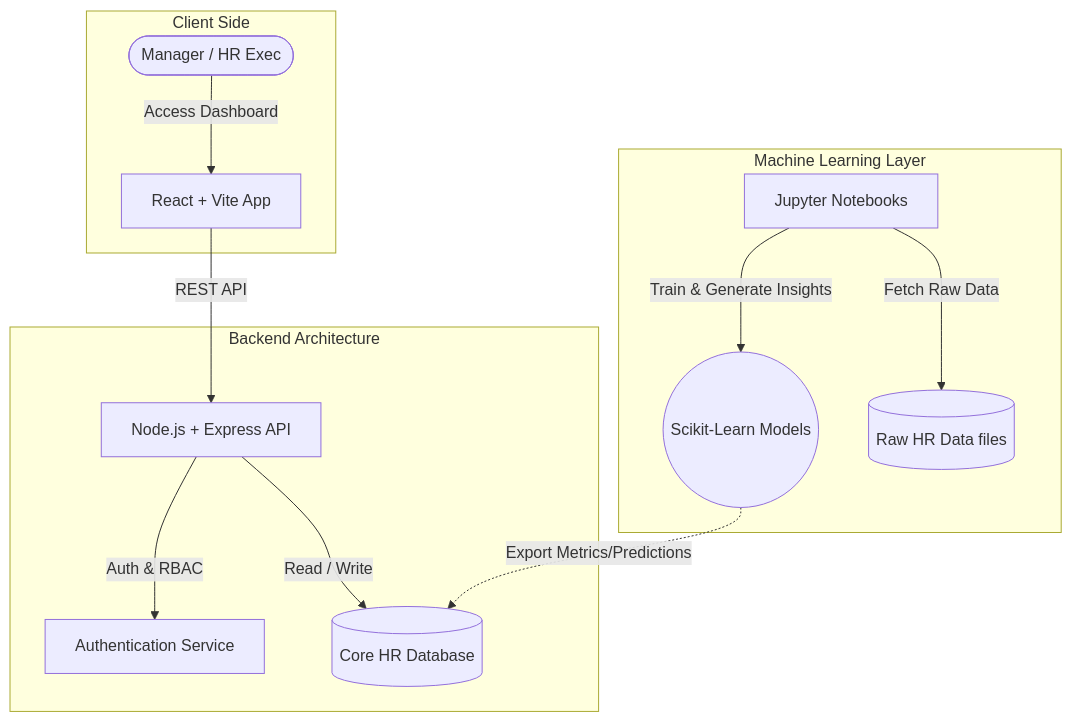
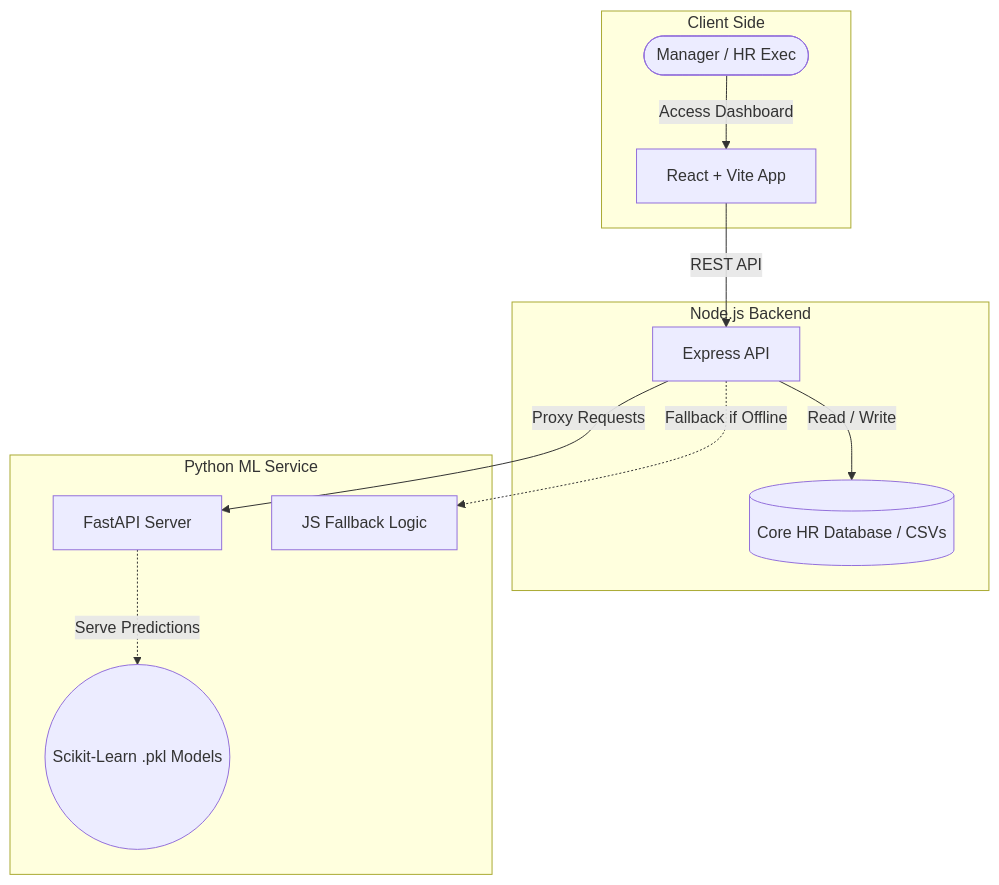
The diagram in README.md (AbdallahAlameer/Humetrics), drawn with Mermaid before and after one commit. The commit also changed other lines of this file and 12 other files, not shown here.

Commit message:
feat: migrate to Python FastAPI ML service with Node.js proxy fallback

````diff
--- a/README.md
+++ b/README.md
@@ -35,18 +32,17 @@
 ```mermaid
 graph TD
     subgraph Client [Client Side]
         User([Manager / HR Exec]) -->|Access Dashboard| Frontend[React + Vite App]
     end
 
-    subgraph Server [Backend Architecture]
-        Frontend -->|REST API| API[Node.js + Express API]
-        API -->|Auth & RBAC| AuthMiddleware[Authentication Service]
-        API -->|Read / Write| Database[(Core HR Database)]
+    subgraph Server [Node.js Backend]
+        Frontend -->|REST API| API[Express API]
+        API -->|Read / Write| Database[(Core HR Database / CSVs)]
     end
 
-    subgraph Intelligence [Machine Learning Layer]
-        Notebooks[Jupyter Notebooks] -->|Train & Generate Insights| Models((Scikit-Learn Models))
-        Models -.->|Export Metrics/Predictions| Database
-        Notebooks -->|Fetch Raw Data| RawData[(Raw HR Data files)]
+    subgraph Intelligence [Python ML Service]
+        API -- Proxy Requests --> FastAPI[FastAPI Server]
+        FastAPI -.->|Serve Predictions| Models((Scikit-Learn .pkl Models))
+        API -.->|Fallback if Offline| Heuristics[JS Fallback Logic]
     end
 ```
````
